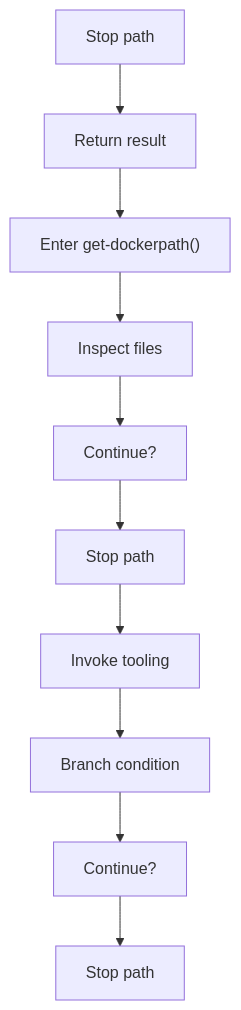
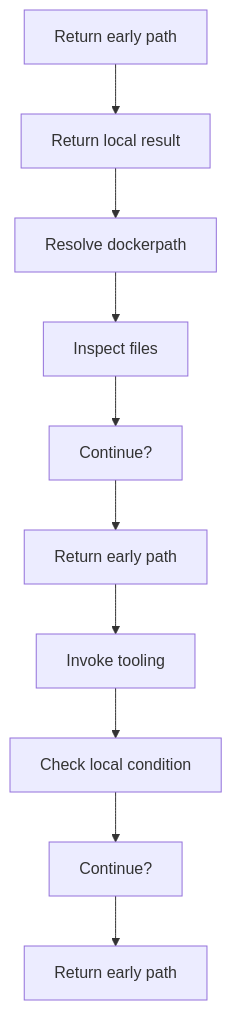
Before and after one commit to JohnAndrewBalbarosa/NeoTerritory: the third of 8 diagrams in docs/Codebase/Infrastructure/session-orchestration/bootstrap_and_deploy/bootstrap_and_deploy_program_flow_01.ps1.md, drawn with Mermaid. The commit also changed other lines of this file and 925 other files, not shown here.

````diff
--- a/docs/Codebase/Infrastructure/session-orchestration/bootstrap_and_deploy/bootstrap_and_deploy_program_flow_01.ps1.md
+++ b/docs/Codebase/Infrastructure/session-orchestration/bootstrap_and_deploy/bootstrap_and_deploy_program_flow_01.ps1.md
@@ -58,22 +58,22 @@
 ```mermaid
 flowchart TD
-    N0["Stop path"]
-    N1["Return result"]
-    N2["Enter get-dockerpath()"]
+    N0["Return early path"]
+    N1["Return local result"]
+    N2["Resolve dockerpath"]
     N3["Inspect files"]
     N4["Continue?"]
-    N5["Stop path"]
+    N5["Return early path"]
     N6["Invoke tooling"]
-    N7["Branch condition"]
+    N7["Check local condition"]
     N8["Continue?"]
-    N9["Stop path"]
+    N9["Return early path"]
     N0 --> N1
     N1 --> N2
     N2 --> N3
     N3 --> N4
     N4 --> N5
     N5 --> N6
     N6 --> N7
     N7 --> N8
     N8 --> N9
 ```
````
